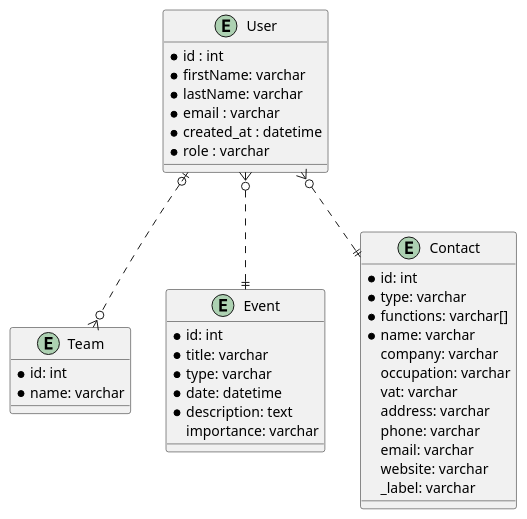
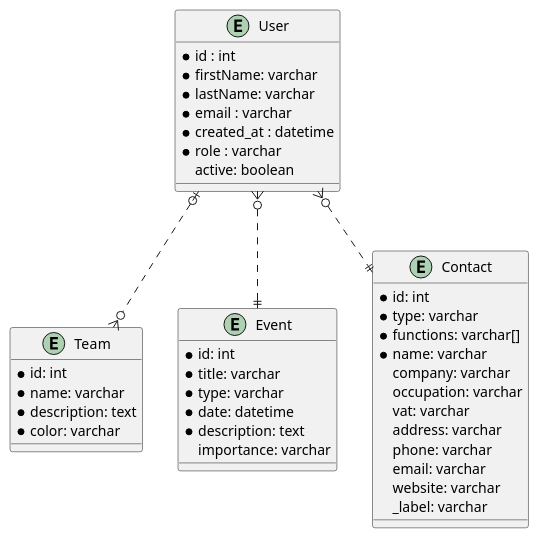
One commit to Lukam90/Sym-CRM changed the diagram in document/Database.puml. Above: the diagram before and after it, drawn with PlantUML. The commit also changed 20 other files, not shown here.

```diff
--- a/document/Database.puml
+++ b/document/Database.puml
@@ -1,67 +1,70 @@
 @startuml Entities
 
 'Tables
 
 'Utilisateurs
 
 entity User {
     *id : int
     *firstName: varchar
     *lastName: varchar
     *email : varchar
     *created_at : datetime
     *role : varchar
+    active: boolean
 }
 
 'Equipes
 
 entity Team {
     *id: int
     *name: varchar
+    *description: text
+    *color: varchar
 }
 
 'Evenements
 
 entity Event {
     *id: int
     *title: varchar
     *type: varchar 
     *date: datetime
     *description: text
     importance: varchar
 }
 
 'Contacts
 
 entity Contact {
     *id: int
     *type: varchar
     *functions: varchar[]
     *name: varchar
     company: varchar
     occupation: varchar
     vat: varchar
     address: varchar
     phone: varchar
     email: varchar
     website: varchar
     _label: varchar
 }
 
 'Relation
 
 'Un utilisateur peut appartenir à une seule équipe (0,1)
 'Une équipe peut regrouper un ensemble d'utilisateurs (0,n)
 
 User |o..o{ Team
 
 'Un utilisateur peut avoir plusieurs événements (0,n)
 'Un événement appartient à un seul utilisateur (1,1)
 
 User }o..|| Event
 
 'Un utilisateur peut avoir plusieurs contacts (0,n)
 'Un contact appartient à un seul utilisateur (1,1)
 
 User }o..|| Contact
 @enduml
```
